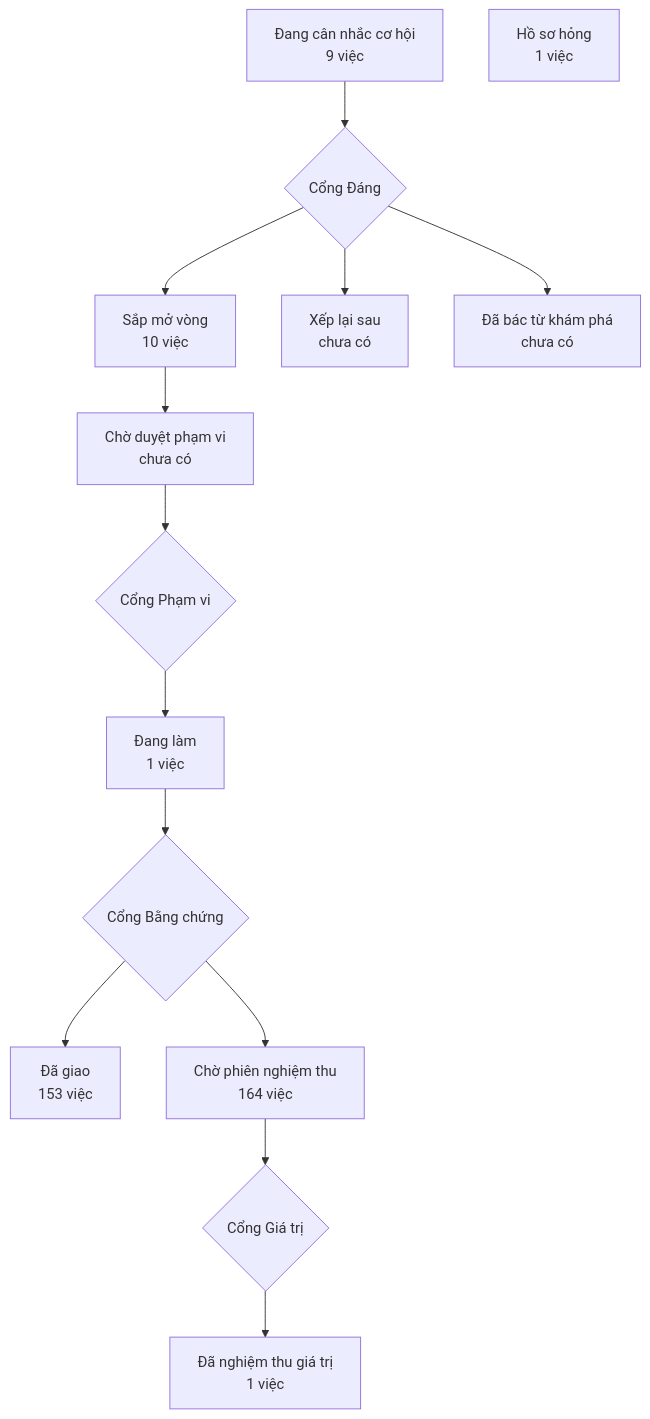
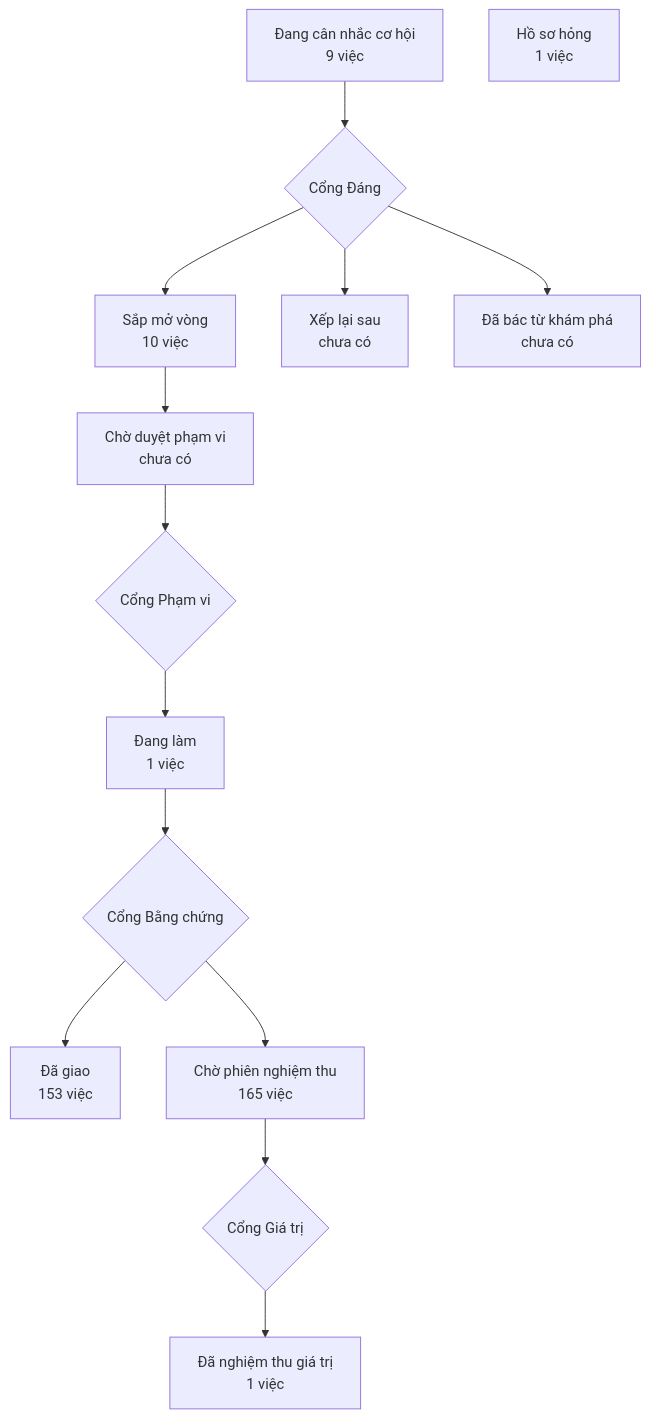
The diagram in PRODUCT-MAP.md (phanlemanh/crm-onehub), drawn with Mermaid before and after one commit. The commit also changed 1 other file, not shown here.

Commit message:
chore: vẽ lại bản đồ sản phẩm sau gộp onehub #527

````diff
--- a/PRODUCT-MAP.md
+++ b/PRODUCT-MAP.md
@@ -7,13 +7,13 @@
 ```mermaid
 flowchart TD
   A["Đang cân nhắc cơ hội<br/>9 việc"] --> GD{"Cổng Đáng"}
   GD --> B["Sắp mở vòng<br/>10 việc"]
   GD --> XL["Xếp lại sau<br/>chưa có"]
   GD --> DB["Đã bác từ khám phá<br/>chưa có"]
   B --> CD["Chờ duyệt phạm vi<br/>chưa có"] --> GP{"Cổng Phạm vi"}
   GP --> DL["Đang làm<br/>1 việc"] --> GB{"Cổng Bằng chứng"}
   GB --> DG["Đã giao<br/>153 việc"]
-  GB --> CN["Chờ phiên nghiệm thu<br/>164 việc"] --> GG{"Cổng Giá trị"}
+  GB --> CN["Chờ phiên nghiệm thu<br/>165 việc"] --> GG{"Cổng Giá trị"}
   GG --> NT["Đã nghiệm thu giá trị<br/>1 việc"]
   HS["Hồ sơ hỏng<br/>1 việc"]
 ```
````
